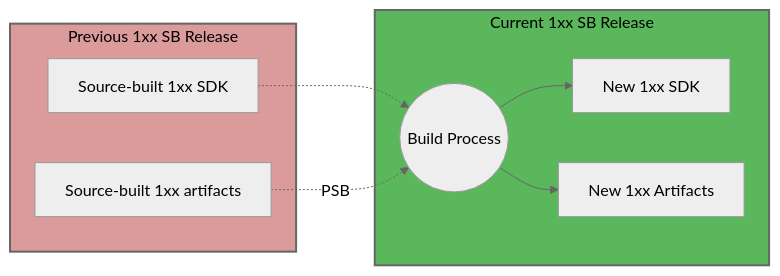
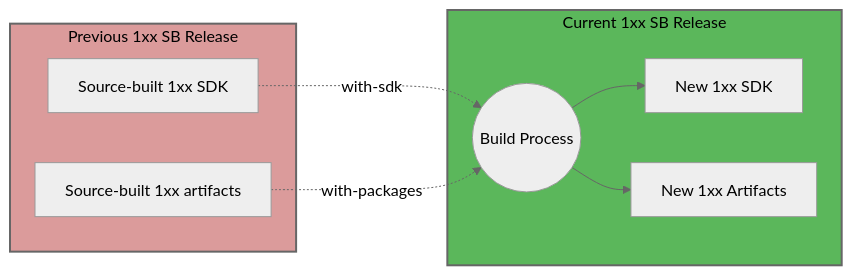
The fifth of 11 diagrams in Documentation/feature-band-source-building.md (dotnet/source-build), drawn with Mermaid (neutral theme) before and after one commit. The commit also changed other lines of this file, not shown here.

Commit message:
Update diagram labels to match build script parameters

````diff
--- a/Documentation/feature-band-source-building.md
+++ b/Documentation/feature-band-source-building.md
@@ -388,23 +388,23 @@
 ```mermaid
 flowchart LR
     subgraph Msft["Previous 1xx SB Release"]
         Prev_SDK[Source-built 1xx SDK]
         Prev_Art[Source-built 1xx artifacts]
     end
     
     subgraph SB["Current 1xx SB Release"]
         Build((Build Process))
         New_SDK[New 1xx SDK]
         New_Art[New 1xx Artifacts]
 
-        Prev_SDK -.-> Build
-        Prev_Art -.->|PSB| Build
+        Prev_SDK -.->|with-sdk| Build
+        Prev_Art -.->|with-packages| Build
         Build --> New_SDK
         Build --> New_Art
     end
     
     classDef prev1xx fill:#db9b9b,stroke:#666,stroke-width:2px,color:#000
     classDef curr1xx fill:#5bb75b,stroke:#666,stroke-width:2px,color:#000
     class Msft prev1xx
     class SB curr1xx
 ```
````
